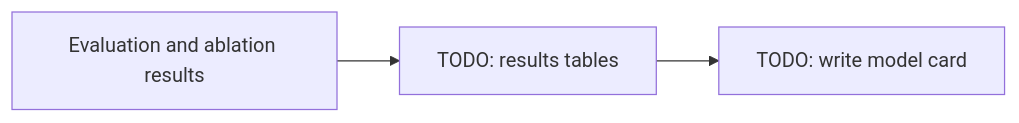
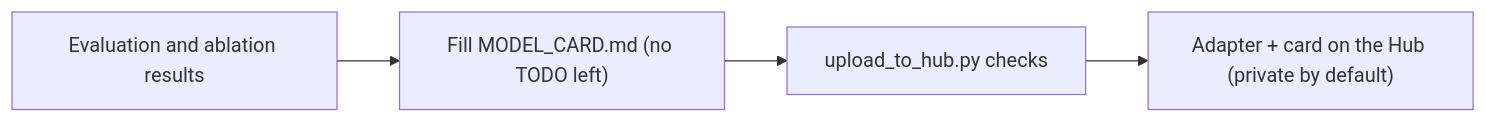
Before and after one commit to preetik92002-tech/llm-finetune-cyber: the diagram in docs/stage-09-results-and-model-card/README.md, drawn with Mermaid. The commit also changed other lines of this file and 33 other files, not shown here.

Commit message:
docs: add root README, journal and errors-and-fixes log add metrics ledger and stage READMEs feat(docs): generate charts from stats files

````diff
--- a/docs/stage-09-results-and-model-card/README.md
+++ b/docs/stage-09-results-and-model-card/README.md
@@ -19,5 +18,6 @@
 ```mermaid
 flowchart LR
-    A["Evaluation and ablation results"] --> B["TODO: results tables"]
-    B --> C["TODO: write model card"]
+    A["Evaluation and ablation results"] --> B["Fill MODEL_CARD.md (no TODO left)"]
+    B --> C["upload_to_hub.py checks"]
+    C --> D["Adapter + card on the Hub (private by default)"]
 ```
````
